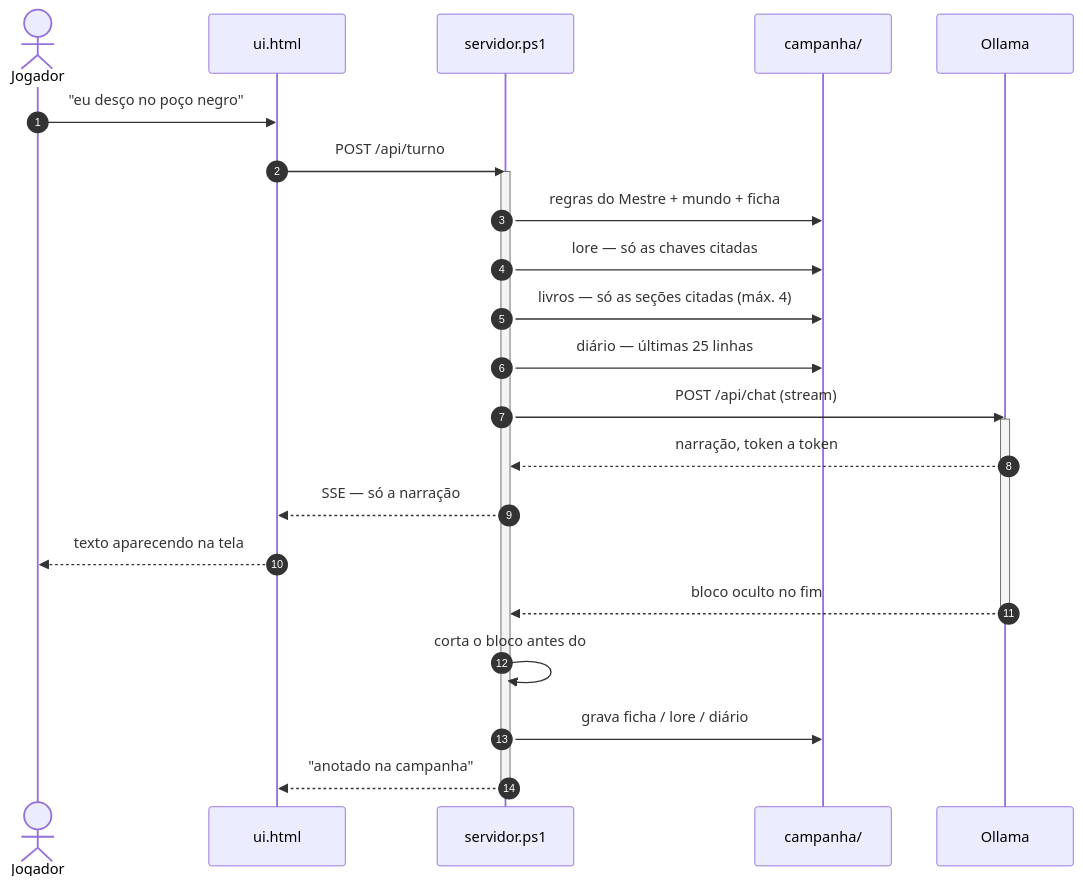
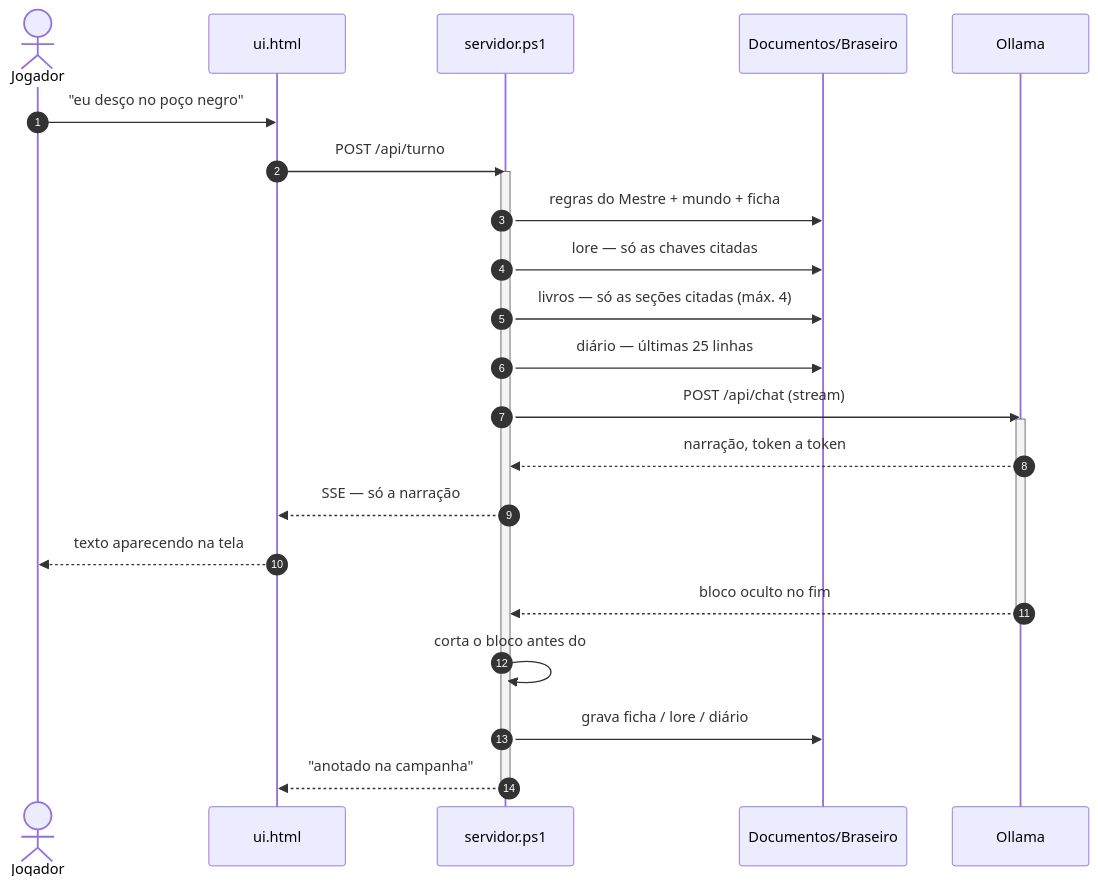
Before and after one commit to madeiragab/braseiro: the first of 3 diagrams in README.md, drawn with Mermaid. The commit also changed other lines of this file and 15 other files, not shown here.

````diff
--- a/README.md
+++ b/README.md
@@ -48,28 +48,28 @@
 ```mermaid
 sequenceDiagram
     autonumber
     actor J as Jogador
     participant U as ui.html
     participant S as servidor.ps1
-    participant C as campanha/
+    participant C as Documentos/Braseiro
     participant O as Ollama
 
     J->>U: "eu desço no poço negro"
     U->>S: POST /api/turno
     activate S
     S->>C: regras do Mestre + mundo + ficha
     S->>C: lore — só as chaves citadas
     S->>C: livros — só as seções citadas (máx. 4)
     S->>C: diário — últimas 25 linhas
     S->>O: POST /api/chat (stream)
     activate O
     O-->>S: narração, token a token
     S-->>U: SSE — só a narração
     U-->>J: texto aparecendo na tela
     O-->>S: bloco oculto no fim
     deactivate O
     S->>S: corta o bloco antes do ###
     S->>C: grava ficha / lore / diário
     S-->>U: "anotado na campanha"
     deactivate S
 ```
````
